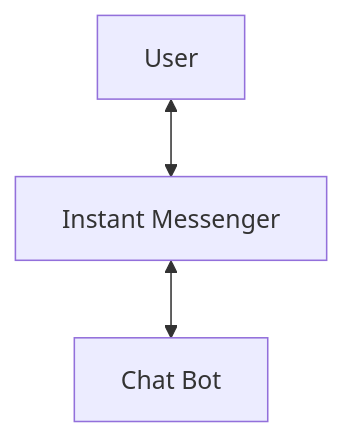
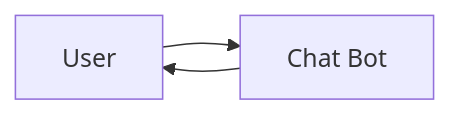
Before and after one commit to gasolin/blog: the first of 5 diagrams in source/_posts/how-bot-works.md, drawn with Mermaid. The commit also changed other lines of this file, not shown here.

Commit message:
improve graph

```diff
--- a/source/_posts/how-bot-works.md
+++ b/source/_posts/how-bot-works.md
@@ -40,5 +59,5 @@
 {% mermaid %}
-graph TD
-User <--> Messenger[Instant Messenger]
-Messenger <--> bot[Chat Bot]
+graph LR
+User --> bot[Chat Bot]
+bot --> User
 {% endmermaid %}
```
